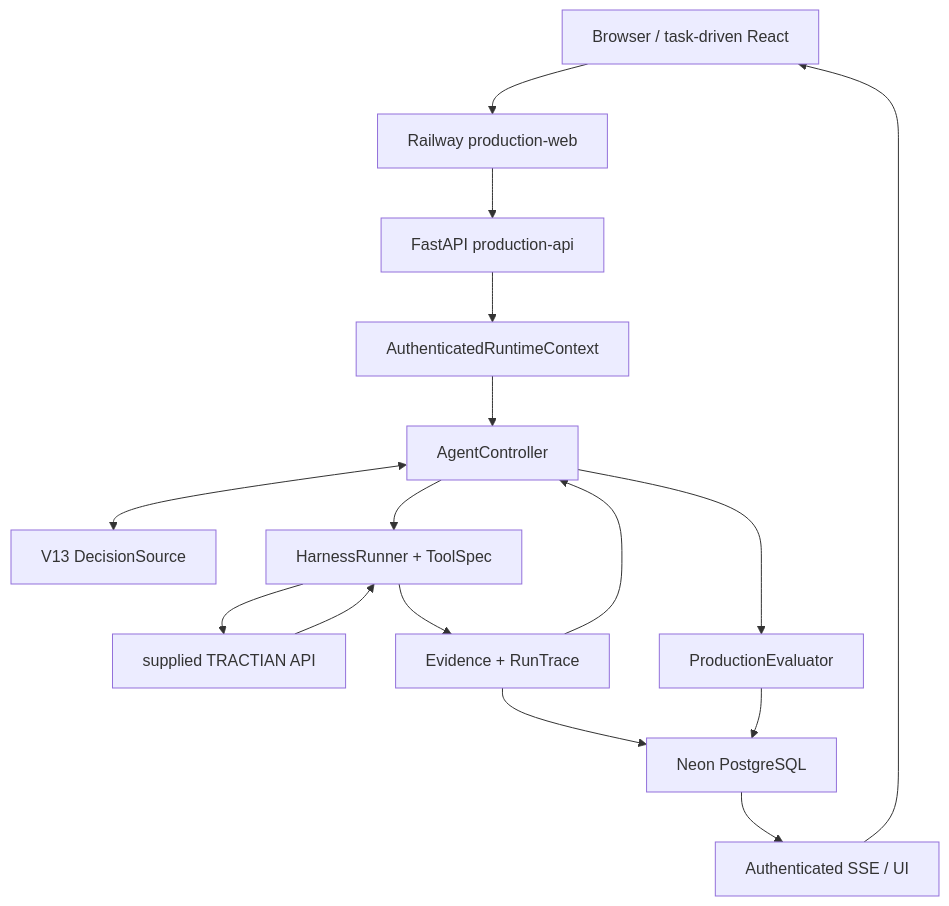
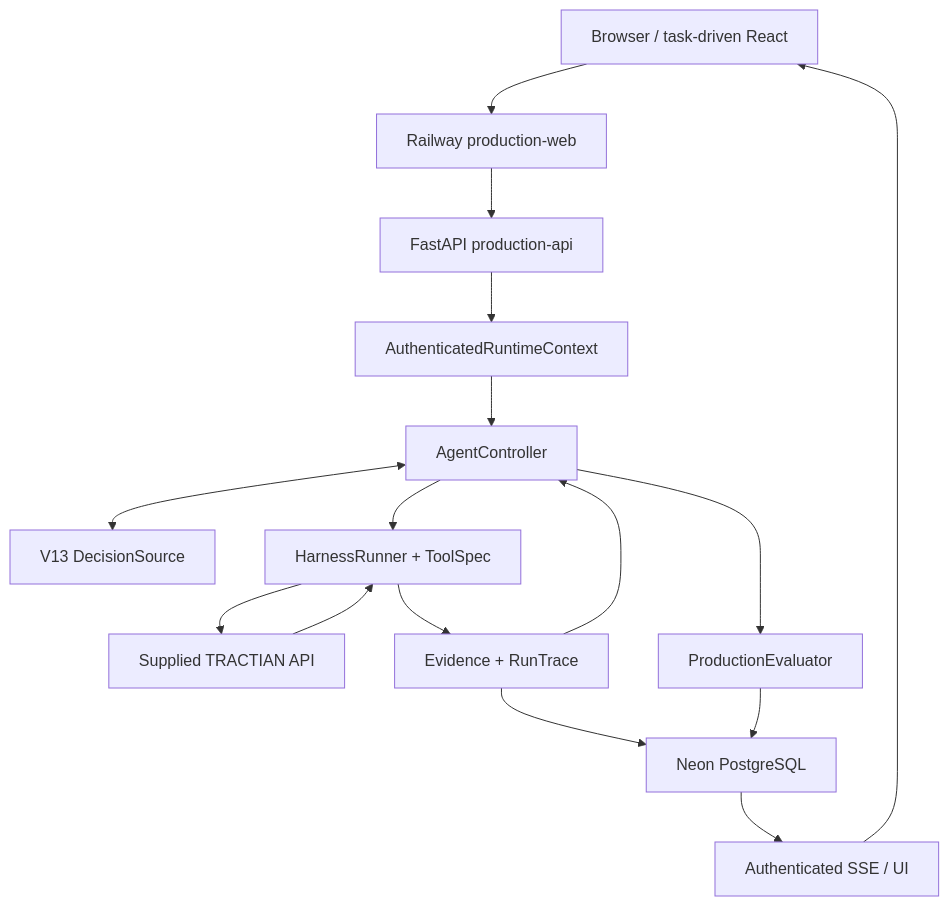
Before and after one commit to pablo-marchina/academy-tractian: the first of 14 diagrams in docs/presentation/ARCHITECTURE-OVERLAYS.md, drawn with Mermaid. The commit also changed other lines of this file, not shown here.

Commit message:
docs(presentation): update architecture overlays for governed actions

````diff
--- a/docs/presentation/ARCHITECTURE-OVERLAYS.md
+++ b/docs/presentation/ARCHITECTURE-OVERLAYS.md
@@ -7,22 +7,22 @@
 ```mermaid
 flowchart TB
     B[Browser / task-driven React]
     W[Railway production-web]
     API[FastAPI production-api]
     CTX[AuthenticatedRuntimeContext]
     V13[V13 DecisionSource]
     AC[AgentController]
     HR[HarnessRunner + ToolSpec]
-    TR[supplied TRACTIAN API]
+    TR[Supplied TRACTIAN API]
     EV[Evidence + RunTrace]
     PE[ProductionEvaluator]
     DB[Neon PostgreSQL]
     SSE[Authenticated SSE / UI]
 
     B --> W --> API --> CTX --> AC
     AC <--> V13
     AC --> HR --> TR --> HR --> EV --> AC
     EV --> DB
     AC --> PE --> DB
     DB --> SSE --> B
 ```
````
